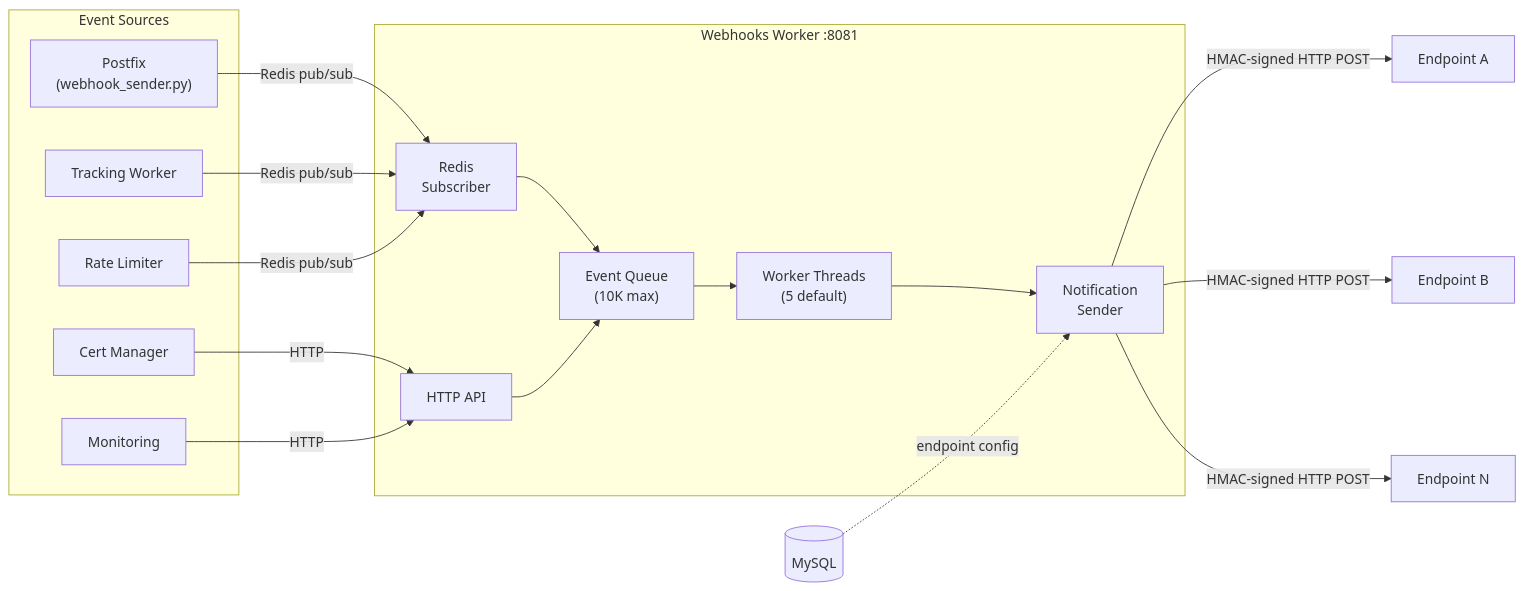
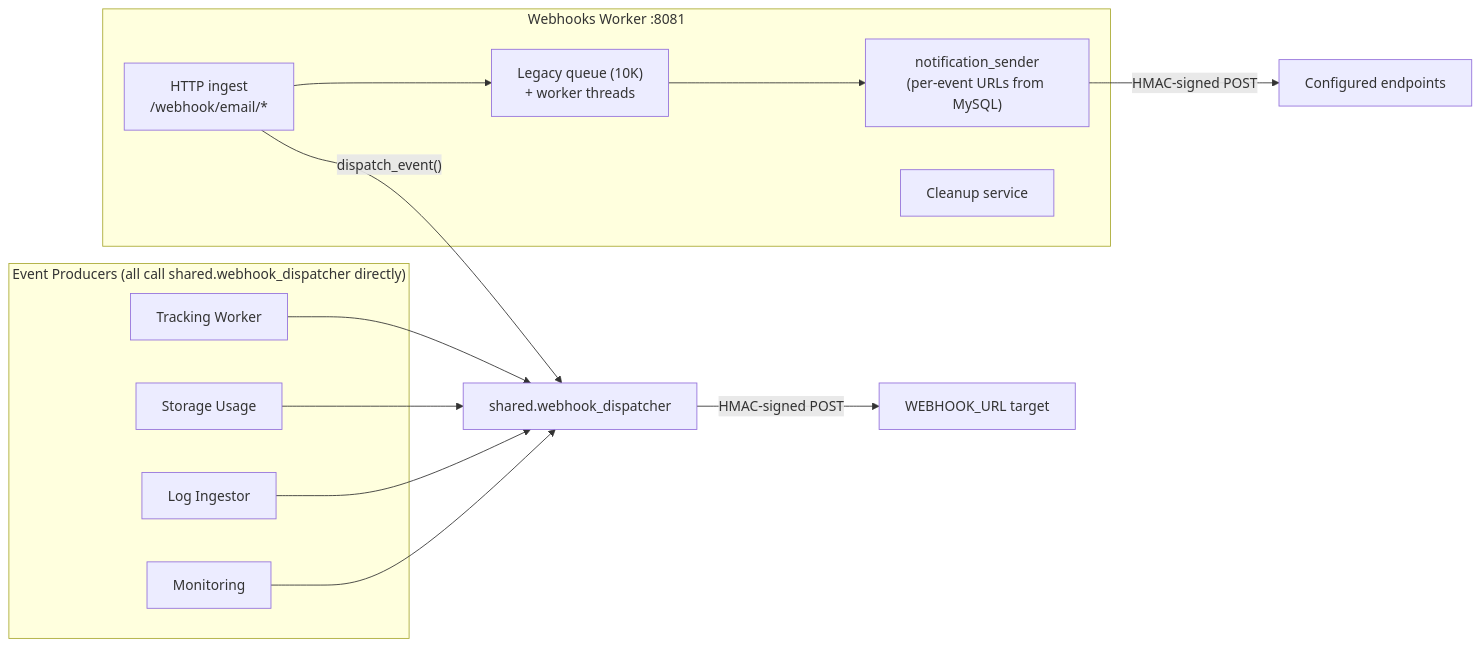
Before and after one commit to Techies-Africa/mailyte-mail-server-community: the diagram in docs/worker/webhooks.md, drawn with Mermaid. The commit also changed other lines of this file and 481 other files, not shown here.

````diff
--- a/docs/worker/webhooks.md
+++ b/docs/worker/webhooks.md
@@ -16,35 +17,25 @@
 ```mermaid
 flowchart LR
-    subgraph Sources["Event Sources"]
-        PF["Postfix\n(webhook_sender.py)"]
+    subgraph Sources["Event Producers (all call shared.webhook_dispatcher directly)"]
         TK["Tracking Worker"]
-        RL["Rate Limiter"]
-        CM["Cert Manager"]
+        SU["Storage Usage"]
+        LI["Log Ingestor"]
         MON["Monitoring"]
     end
 
     subgraph Webhooks["Webhooks Worker :8081"]
-        RedisSub["Redis\nSubscriber"]
-        API["HTTP API"]
-        Queue["Event Queue\n(10K max)"]
-        Workers["Worker Threads\n(5 default)"]
-        Sender["Notification\nSender"]
+        API["HTTP ingest\n/webhook/email/*"]
+        Queue["Legacy queue (10K)\n+ worker threads"]
+        Sender["notification_sender\n(per-event URLs from MySQL)"]
+        Cleanup["Cleanup service"]
     end
 
-    PF -->|"Redis pub/sub"| RedisSub
-    TK -->|"Redis pub/sub"| RedisSub
-    RL -->|"Redis pub/sub"| RedisSub
-    CM -->|"HTTP"| API
-    MON -->|"HTTP"| API
-
-    RedisSub --> Queue
-    API --> Queue
-    Queue --> Workers
-    Workers --> Sender
-
-    Sender -->|"HMAC-signed HTTP POST"| EP1["Endpoint A"]
-    Sender -->|"HMAC-signed HTTP POST"| EP2["Endpoint B"]
-    Sender -->|"HMAC-signed HTTP POST"| EP3["Endpoint N"]
-
-    MySQL[(MySQL)] -.->|"endpoint config"| Sender
+    API --> Queue --> Sender
+    API -->|"dispatch_event()"| Dispatcher["shared.webhook_dispatcher"]
+    TK --> Dispatcher
+    SU --> Dispatcher
+    LI --> Dispatcher
+    MON --> Dispatcher
+    Dispatcher -->|"HMAC-signed POST"| Target["WEBHOOK_URL target"]
+    Sender -->|"HMAC-signed POST"| EP["Configured endpoints"]
 ```
````
